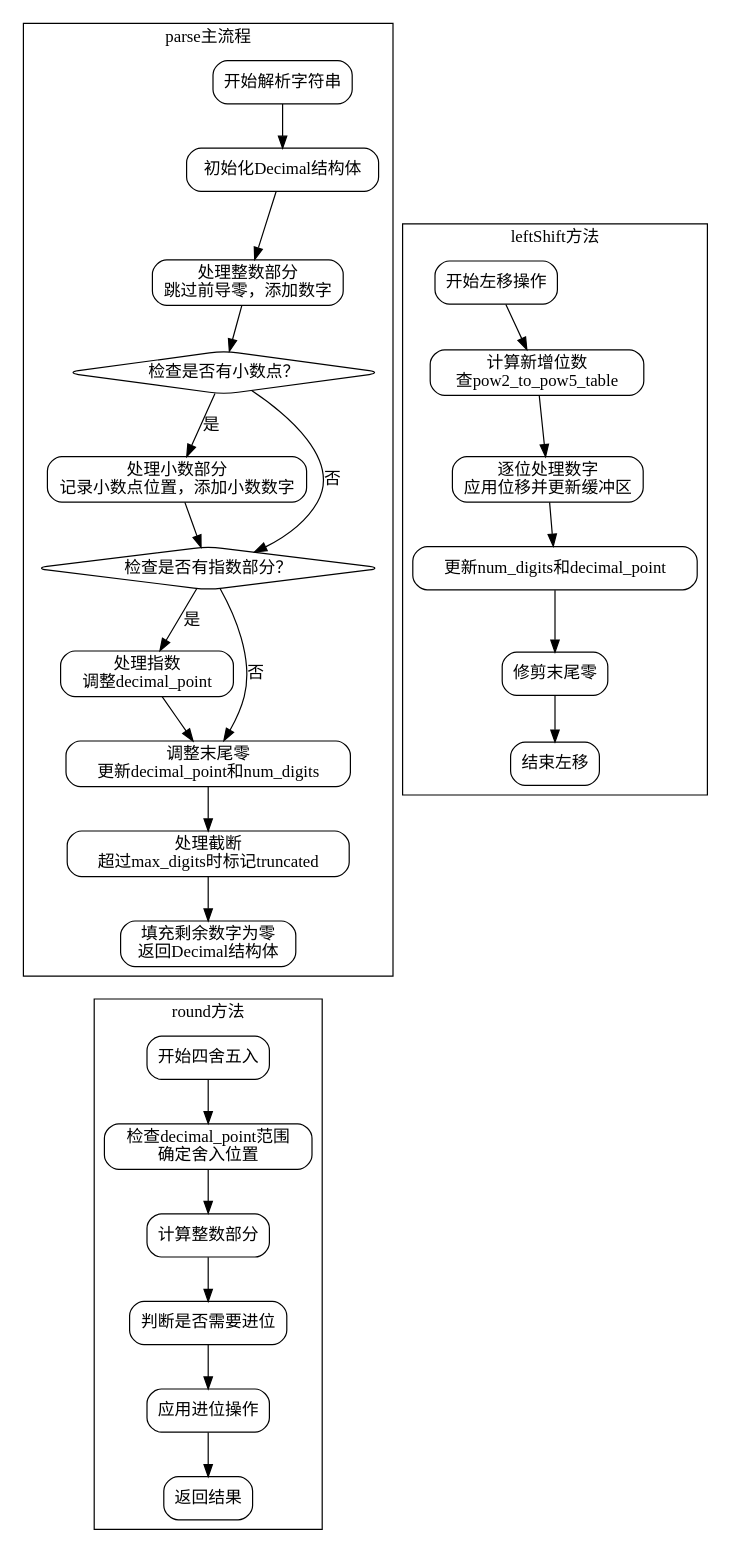
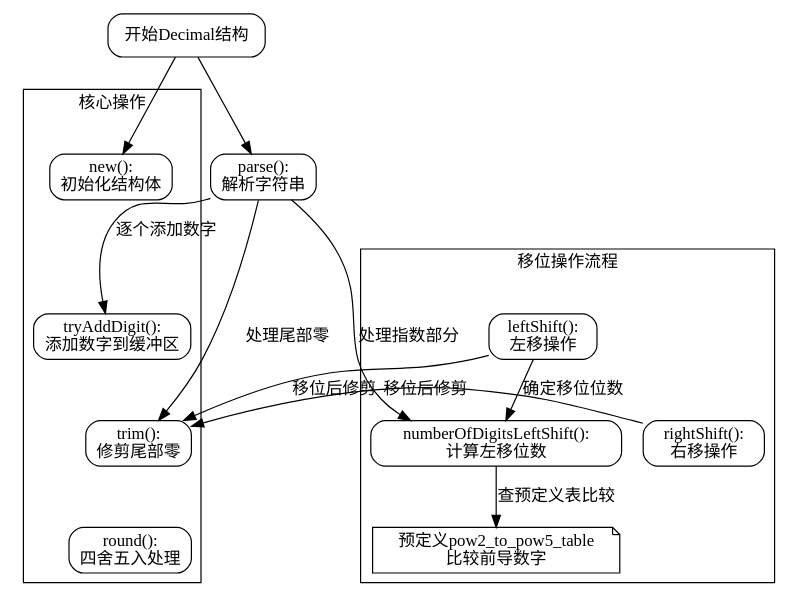
One commit to sdzx-1/deepseek-zig-reader changed the diagram in dot_std/fmt/parse_float/decimal.zig.Decimal.md. Above: the diagram before and after it, drawn with Graphviz. The commit also changed other lines of this file and 236 other files, not shown here.

````diff
--- a/dot_std/fmt/parse_float/decimal.zig.Decimal.md
+++ b/dot_std/fmt/parse_float/decimal.zig.Decimal.md
@@ -29,58 +17,51 @@
-```dot
-digraph G {
-    rankdir=TB;
-    node [shape=rectangle, style=rounded];
+```graphviz
+digraph Decimal {
+    node [shape=box, style=rounded];
 
-    start [label="开始解析字符串"];
-    init_decimal [label="初始化Decimal结构体"];
-    process_integer [label="处理整数部分\n跳过前导零，添加数字"];
-    check_decimal_point [label="检查是否有小数点？", shape=diamond];
-    process_fraction [label="处理小数部分\n记录小数点位置，添加小数数字"];
-    check_exponent [label="检查是否有指数部分？", shape=diamond];
-    process_exponent [label="处理指数\n调整decimal_point"];
-    adjust_trailing_zeros [label="调整末尾零\n更新decimal_point和num_digits"];
-    handle_truncation [label="处理截断\n超过max_digits时标记truncated"];
-    finalize [label="填充剩余数字为零\n返回Decimal结构体"];
+    start [label="开始Decimal结构"];
+    new [label="new():\n初始化结构体"];
+    tryAddDigit [label="tryAddDigit():\n添加数字到缓冲区"];
+    trim [label="trim():\n修剪尾部零"];
+    round [label="round():\n四舍五入处理"];
+    leftShift [label="leftShift():\n左移操作"];
+    rightShift [label="rightShift():\n右移操作"];
+    parse [label="parse():\n解析字符串"];
+    numberOfDigitsLeftShift [label="numberOfDigitsLeftShift():\n计算左移位数"];
 
-    subgraph cluster_leftShift {
-        label="leftShift方法";
-        ls_start [label="开始左移操作"];
-        ls_calc_new_digits [label="计算新增位数\n查pow2_to_pow5_table"];
-        ls_process_digits [label="逐位处理数字\n应用位移并更新缓冲区"];
-        ls_update_metadata [label="更新num_digits和decimal_point"];
-        ls_trim [label="修剪末尾零"];
-        ls_end [label="结束左移"];
-        
-        ls_start -> ls_calc_new_digits -> ls_process_digits -> ls_update_metadata -> ls_trim -> ls_end;
+    start -> new;
+    start -> parse;
+
+    parse -> tryAddDigit [label="逐个添加数字"];
+    parse -> trim [label="处理尾部零"];
+    parse -> numberOfDigitsLeftShift [label="处理指数部分"];
+
+    leftShift -> trim [label="移位后修剪"];
+    leftShift -> numberOfDigitsLeftShift [label="确定移位位数"];
+    rightShift -> trim [label="移位后修剪"];
+
+    numberOfDigitsLeftShift -> pow2_table [label="查预定义表比较"];
+    pow2_table [shape=note, label="预定义pow2_to_pow5_table\n比较前导数字"];
+
+    new -> tryAddDigit [style=invis];
+    tryAddDigit -> trim [style=invis];
+    trim -> round [style=invis];
+    round -> leftShift [style=invis];
+    leftShift -> rightShift [style=invis];
+    
+    subgraph cluster_shift {
+        label="移位操作流程";
+        leftShift;
+        rightShift;
+        numberOfDigitsLeftShift;
+        pow2_table;
     }
 
-    subgraph cluster_parse {
-        label="parse主流程";
-        start -> init_decimal -> process_integer;
-        process_integer -> check_decimal_point;
-        check_decimal_point -> process_fraction [label="是"];
-        check_decimal_point -> check_exponent [label="否"];
-        process_fraction -> check_exponent;
-        check_exponent -> process_exponent [label="是"];
-        check_exponent -> adjust_trailing_zeros [label="否"];
-        process_exponent -> adjust_trailing_zeros;
-        adjust_trailing_zeros -> handle_truncation -> finalize;
+    subgraph cluster_core {
+        label="核心操作";
+        new;
+        tryAddDigit;
+        trim;
+        round;
     }
-
-    subgraph cluster_round {
-        label="round方法";
-        round_start [label="开始四舍五入"];
-        check_conditions [label="检查decimal_point范围\n确定舍入位置"];
-        calculate_integer_part [label="计算整数部分"];
-        check_round_up [label="判断是否需要进位"];
-        apply_rounding [label="应用进位操作"];
-        round_end [label="返回结果"];
-        
-        round_start -> check_conditions -> calculate_integer_part -> check_round_up -> apply_rounding -> round_end;
-    }
-
-    edge [style=invis];
-    init_decimal -> ls_start;
-    finalize -> round_start;
 }
-``` 
+```
````
